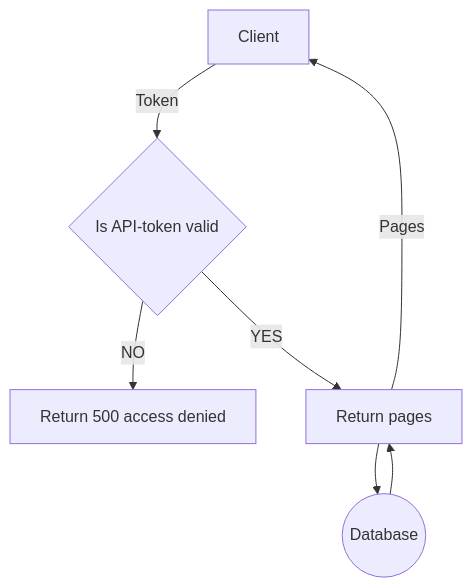
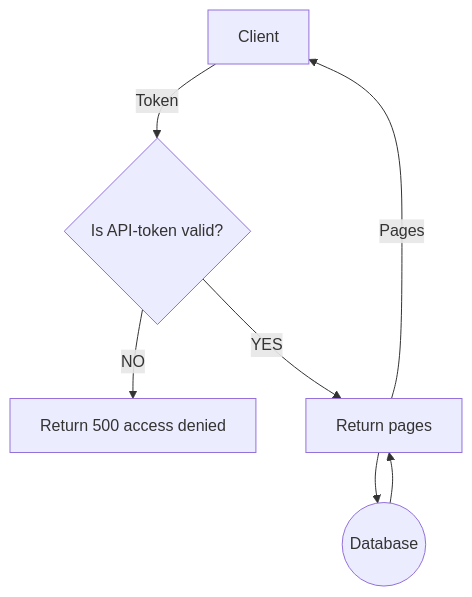
One commit to Slenderman00/show-it changed the second of 3 diagrams in docs/access-control.md. Above: the diagram before and after it, drawn with Mermaid. The commit also changed other lines of this file, not shown here.

Commit message:
fix: added question marks

````diff
--- a/docs/access-control.md
+++ b/docs/access-control.md
@@ -20,9 +20,9 @@
 ```mermaid
 graph TD
-A[Client] -- Token --> B{Is API-token valid}
+A[Client] -- Token --> B{Is API-token valid?}
 B -- NO --> C[Return 500 access denied]
 B -- YES --> D[Return pages]
 D --Pages--> A
 D --> E((Database))
 E --> D
 ```
````
